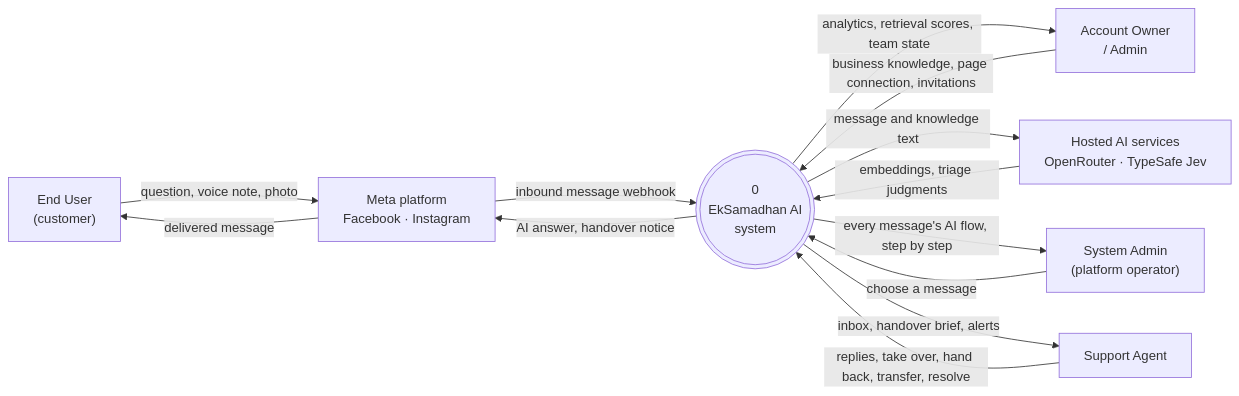
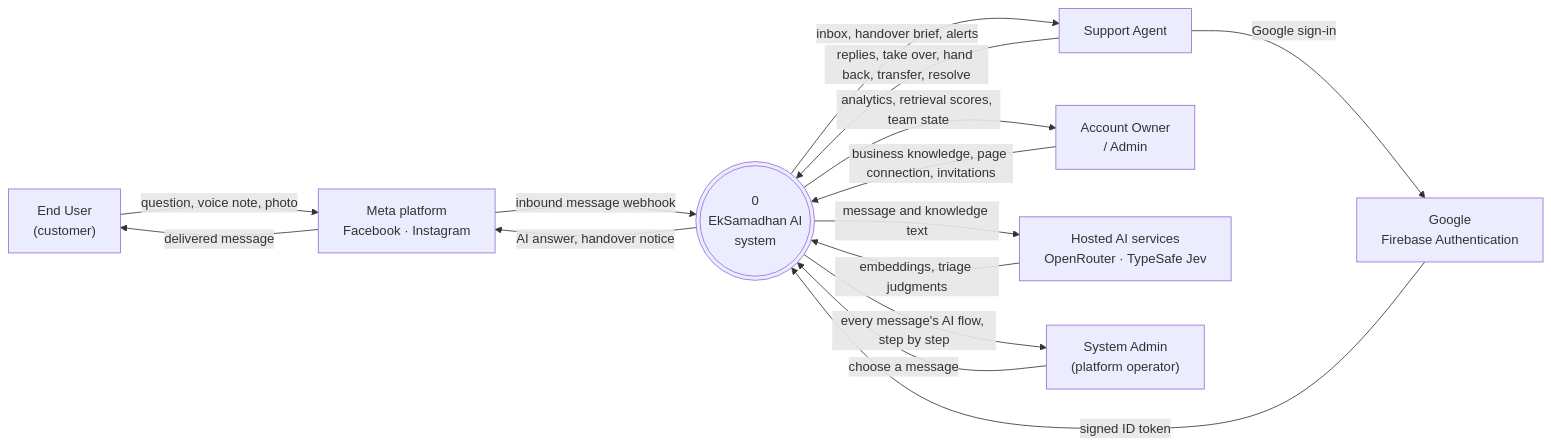
The diagram in docs/system-design/new-system-design/workflow-diagram/level-0-data-flow-diagram/README.md (SayubShakya/eksamadhan-ai), drawn with Mermaid before and after one commit. The commit also changed 48 other files, not shown here.

Commit message:
feat: sign in with Google through Firebase Authentication

````diff
--- a/docs/system-design/new-system-design/workflow-diagram/level-0-data-flow-diagram/README.md
+++ b/docs/system-design/new-system-design/workflow-diagram/level-0-data-flow-diagram/README.md
@@ -11,28 +11,31 @@
 ```mermaid
 flowchart LR
     customer["End User<br/>(customer)"]
     agent["Support Agent"]
     admin["Account Owner<br/>/ Admin"]
     meta["Meta platform<br/>Facebook · Instagram"]
     hosted["Hosted AI services<br/>OpenRouter · TypeSafe Jev"]
     sysadmin["System Admin<br/>(platform operator)"]
+    google["Google<br/>Firebase Authentication"]
 
     system((("0<br/>EkSamadhan AI<br/>system")))
 
     customer -->|"question, voice note, photo"| meta
     meta -->|"inbound message webhook"| system
     system -->|"AI answer, handover notice"| meta
     meta -->|"delivered message"| customer
 
     admin -->|"business knowledge, page connection, invitations"| system
     system -->|"analytics, retrieval scores, team state"| admin
 
     agent -->|"replies, take over, hand back, transfer, resolve"| system
 
     system -->|"message and knowledge text"| hosted
     hosted -->|"embeddings, triage judgments"| system
 
+    agent -->|"Google sign-in"| google
+    google -->|"signed ID token"| system
     sysadmin -->|"choose a message"| system
     system -->|"every message's AI flow, step by step"| sysadmin
     system -->|"inbox, handover brief, alerts"| agent
 ```
````
